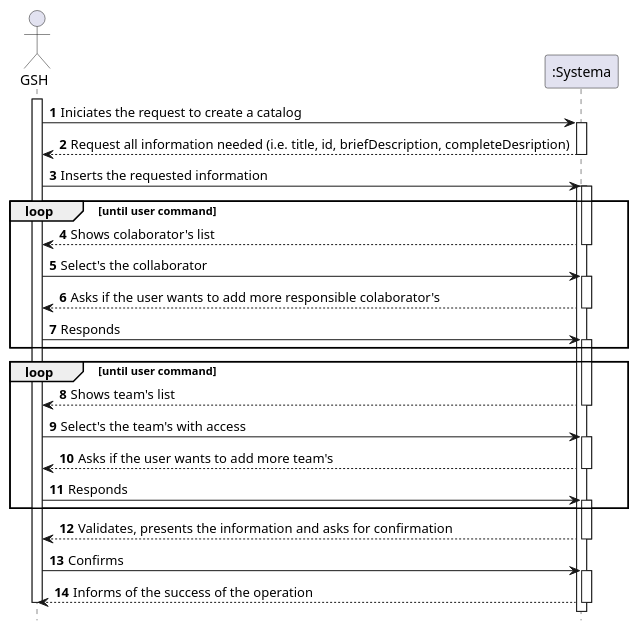
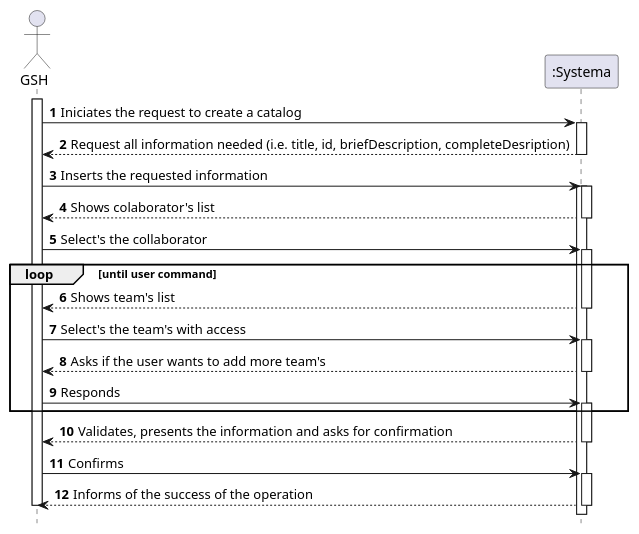
One commit to tiagoavcosta25/LAPR4 changed the diagram in doc/engenharia/SprintB/1190424/US-1-2001_CriarCatalogo/US-1-2001_SSD.puml. Above: the diagram before and after it, drawn with PlantUML. The commit also changed 3 other files, not shown here.

```diff
--- a/doc/engenharia/SprintB/1190424/US-1-2001_CriarCatalogo/US-1-2001_SSD.puml
+++ b/doc/engenharia/SprintB/1190424/US-1-2001_CriarCatalogo/US-1-2001_SSD.puml
@@ -1,57 +1,51 @@
 @startuml
 autonumber
 hide footbox
 
 actor "GSH" as GSH
 
 participant ":Systema" as SYST
 
 activate GSH
 
 GSH-> SYST : Iniciates the request to create a catalog
 activate SYST
 SYST --> GSH: Request all information needed (i.e. title, id, briefDescription, completeDesription)
 deactivate SYST
 GSH-> SYST : Inserts the requested information
 activate SYST
 
 activate SYST
-loop until user command
+
     SYST --> GSH: Shows colaborator's list
     deactivate SYST
 
     GSH-> SYST : Select's the collaborator
     activate SYST
 
-    SYST --> GSH: Asks if the user wants to add more responsible colaborator's
-    deactivate SYST
-
-    GSH-> SYST : Responds
-    activate SYST
-end
 loop until user command
     SYST --> GSH: Shows team's list
     deactivate SYST
 
     GSH-> SYST : Select's the team's with access
     activate SYST
 
     SYST --> GSH: Asks if the user wants to add more team's
     deactivate SYST
 
     GSH-> SYST : Responds
     activate SYST
 end
 
 
 SYST --> GSH: Validates, presents the information and asks for confirmation
 deactivate SYST
 
 GSH-> SYST : Confirms
 activate SYST
 SYST --> GSH: Informs of the success of the operation
 deactivate SYST
 
 deactivate GSH
 
 @enduml
```
